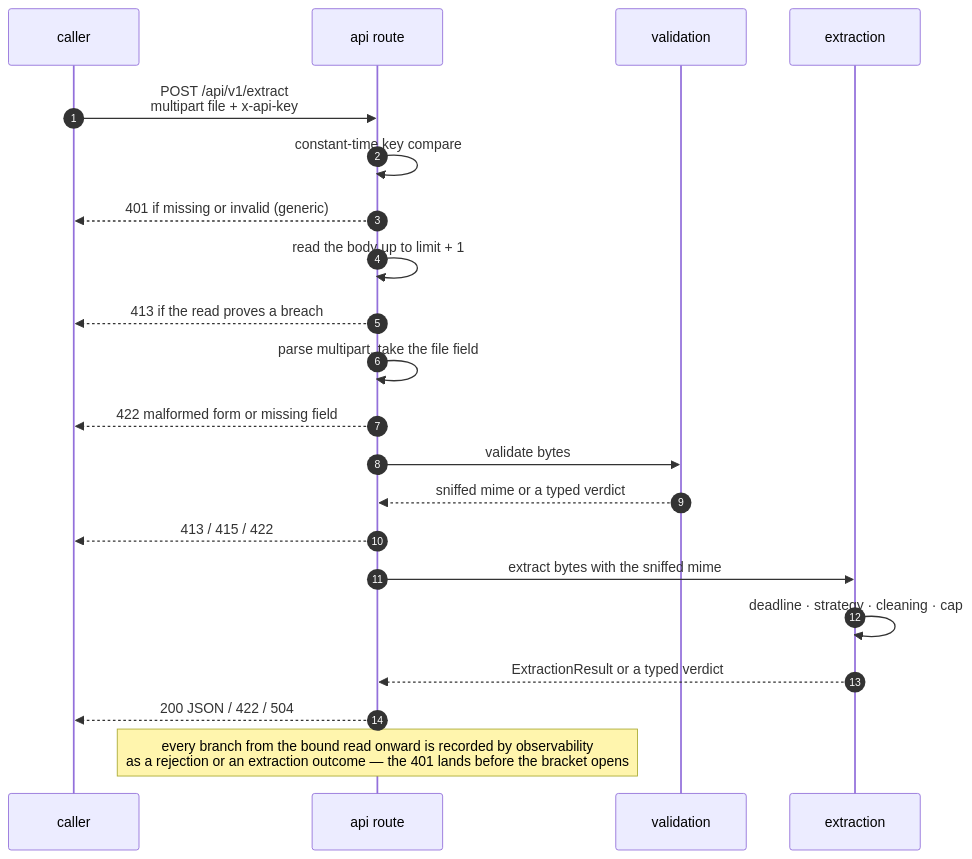
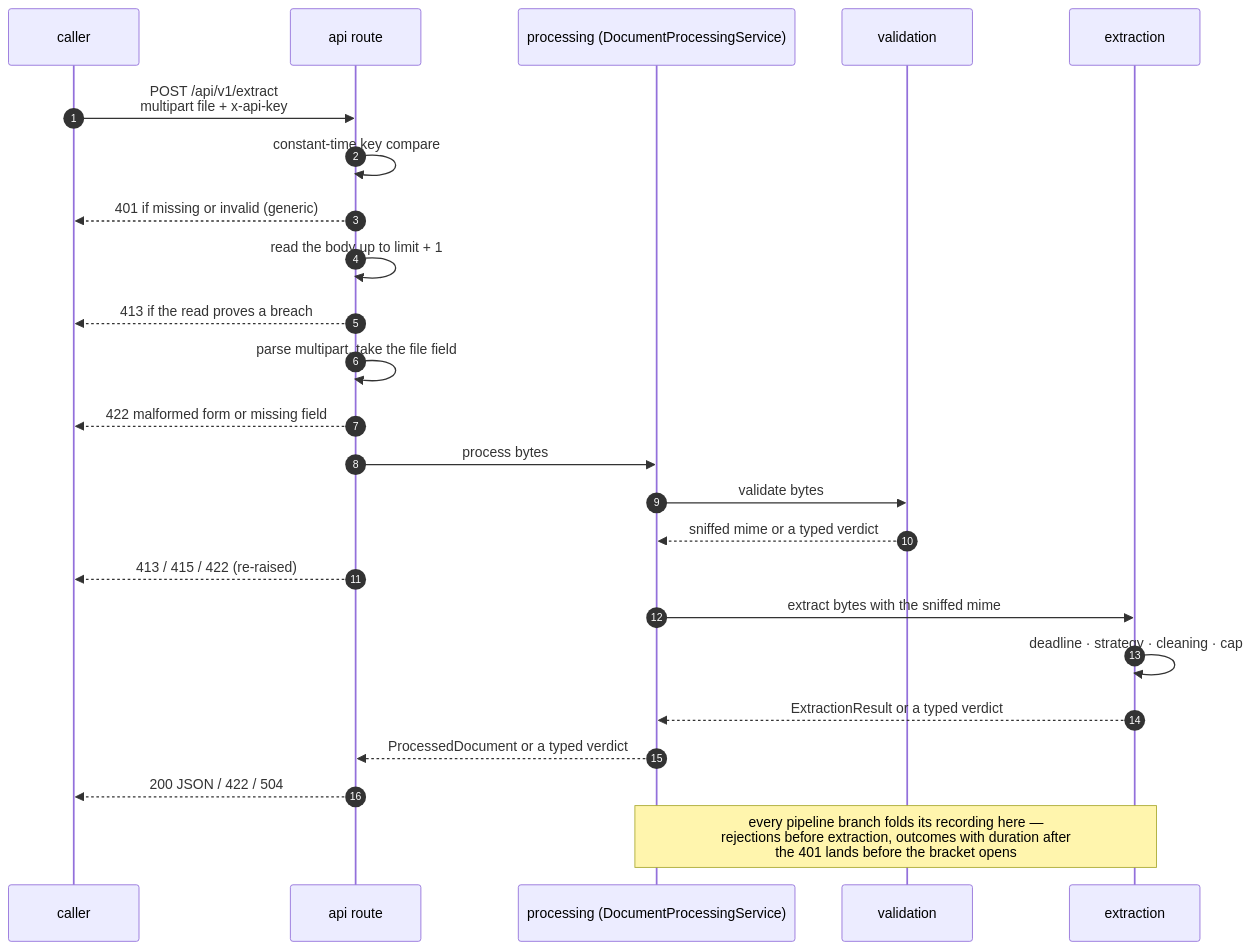
The first of 2 diagrams in services/document-parser/docs/concepts/architecture.md (kunalPisolkar24/detectAI), drawn with Mermaid before and after one commit. The commit also changed other lines of this file and 45 other files, not shown here.

Commit message:
Compose validation and extraction behind a document processing service

````diff
--- a/services/document-parser/docs/concepts/architecture.md
+++ b/services/document-parser/docs/concepts/architecture.md
@@ -25,24 +26,27 @@
 ```mermaid
 sequenceDiagram
     autonumber
     participant C as caller
     participant E as api route
+    participant P as processing (DocumentProcessingService)
     participant V as validation
     participant X as extraction
 
     C->>E: POST /api/v1/extract<br/>multipart file + x-api-key
     E->>E: constant-time key compare
     E-->>C: 401 if missing or invalid (generic)
     E->>E: read the body up to limit + 1
     E-->>C: 413 if the read proves a breach
     E->>E: parse multipart, take the file field
     E-->>C: 422 malformed form or missing field
-    E->>V: validate bytes
-    V-->>E: sniffed mime or a typed verdict
-    E-->>C: 413 / 415 / 422
-    E->>X: extract bytes with the sniffed mime
+    E->>P: process bytes
+    P->>V: validate bytes
+    V-->>P: sniffed mime or a typed verdict
+    E-->>C: 413 / 415 / 422 (re-raised)
+    P->>X: extract bytes with the sniffed mime
     X->>X: deadline · strategy · cleaning · cap
-    X-->>E: ExtractionResult or a typed verdict
+    X-->>P: ExtractionResult or a typed verdict
+    P-->>E: ProcessedDocument or a typed verdict
     E-->>C: 200 JSON / 422 / 504
-    note over E: every branch from the bound read onward is recorded by observability<br/>as a rejection or an extraction outcome — the 401 lands before the bracket opens
+    note over P,X: every pipeline branch folds its recording here —<br/>rejections before extraction, outcomes with duration after<br/>the 401 lands before the bracket opens
 ```
````
